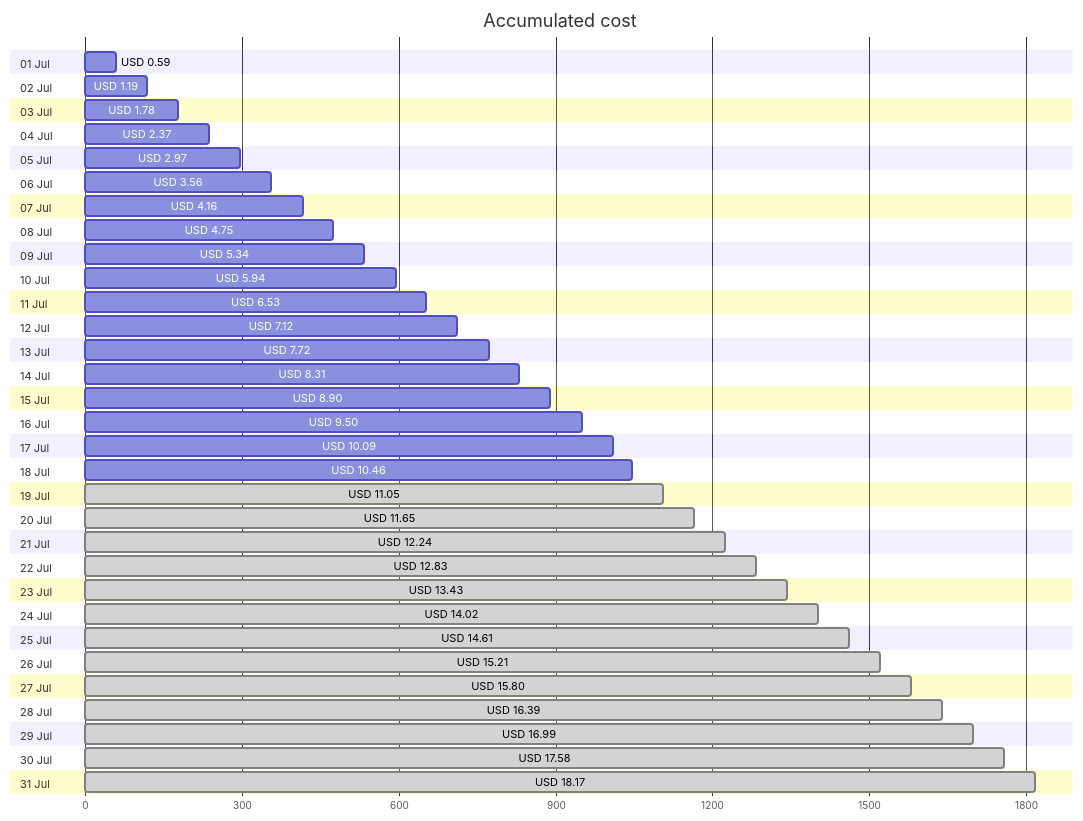
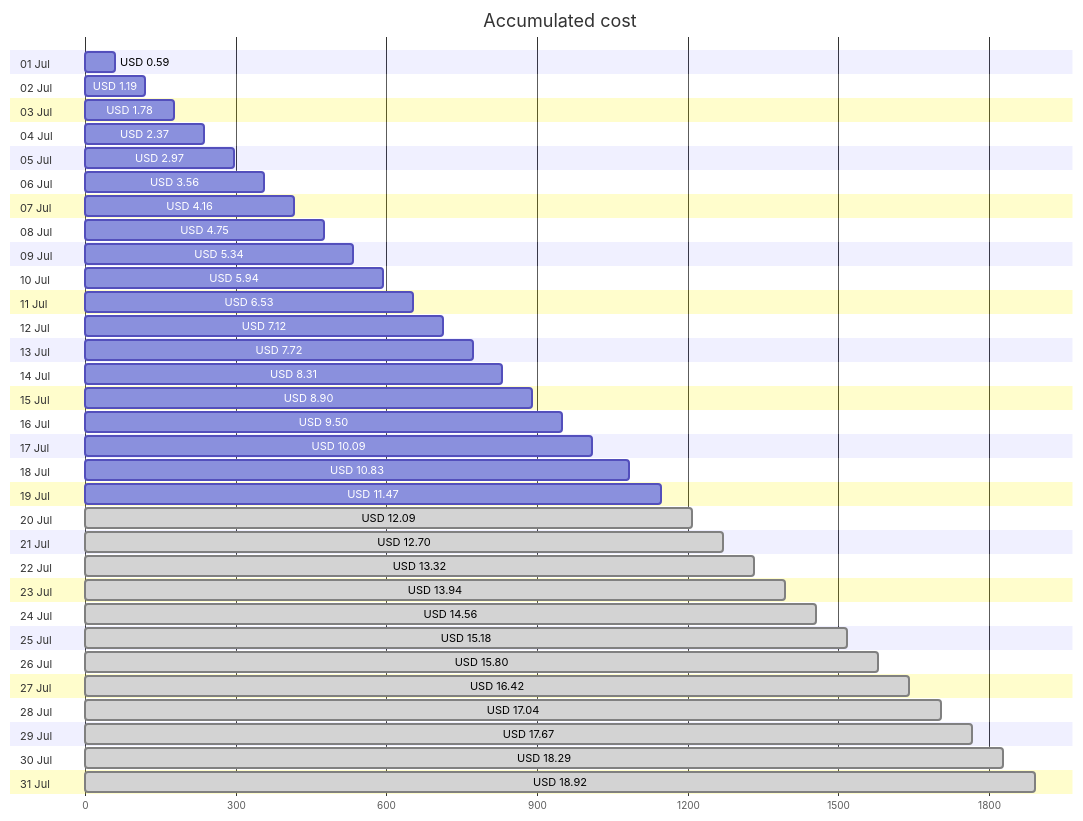
The first of 4 diagrams in cost-reports/personal-site/README.md (jpfulton/azure-personal-reports), drawn with Mermaid before and after one commit. The commit also changed other lines of this file and 6 other files, not shown here.

````diff
--- a/cost-reports/personal-site/README.md
+++ b/cost-reports/personal-site/README.md
@@ -20,68 +20,68 @@
 ```mermaid
 gantt
    title Accumulated cost
    dateFormat  X
    axisFormat %s
    section 01 Jul
    USD 0.59 :0, 59
    section 02 Jul
    USD 1.19 :0, 119
    section 03 Jul
    USD 1.78 :0, 178
    section 04 Jul
    USD 2.37 :0, 237
    section 05 Jul
    USD 2.97 :0, 297
    section 06 Jul
    USD 3.56 :0, 356
    section 07 Jul
    USD 4.16 :0, 416
    section 08 Jul
    USD 4.75 :0, 475
    section 09 Jul
    USD 5.34 :0, 534
    section 10 Jul
    USD 5.94 :0, 594
    section 11 Jul
    USD 6.53 :0, 653
    section 12 Jul
    USD 7.12 :0, 712
    section 13 Jul
    USD 7.72 :0, 772
    section 14 Jul
    USD 8.31 :0, 831
    section 15 Jul
    USD 8.90 :0, 890
    section 16 Jul
    USD 9.50 :0, 950
    section 17 Jul
    USD 10.09 :0, 1009
    section 18 Jul
-   USD 10.46 :0, 1046
+   USD 10.83 :0, 1083
    section 19 Jul
-   USD 11.05 : done, 0, 1105
+   USD 11.47 :0, 1147
    section 20 Jul
-   USD 11.65 : done, 0, 1165
+   USD 12.09 : done, 0, 1209
    section 21 Jul
-   USD 12.24 : done, 0, 1224
+   USD 12.70 : done, 0, 1270
    section 22 Jul
-   USD 12.83 : done, 0, 1283
+   USD 13.32 : done, 0, 1332
    section 23 Jul
-   USD 13.43 : done, 0, 1343
+   USD 13.94 : done, 0, 1394
    section 24 Jul
-   USD 14.02 : done, 0, 1402
+   USD 14.56 : done, 0, 1456
    section 25 Jul
-   USD 14.61 : done, 0, 1461
+   USD 15.18 : done, 0, 1518
    section 26 Jul
-   USD 15.21 : done, 0, 1521
+   USD 15.80 : done, 0, 1580
    section 27 Jul
-   USD 15.80 : done, 0, 1580
+   USD 16.42 : done, 0, 1642
    section 28 Jul
-   USD 16.39 : done, 0, 1639
+   USD 17.04 : done, 0, 1704
    section 29 Jul
-   USD 16.99 : done, 0, 1699
+   USD 17.67 : done, 0, 1767
    section 30 Jul
-   USD 17.58 : done, 0, 1758
+   USD 18.29 : done, 0, 1829
    section 31 Jul
-   USD 18.17 : done, 0, 1817
+   USD 18.92 : done, 0, 1892
 ```
````
